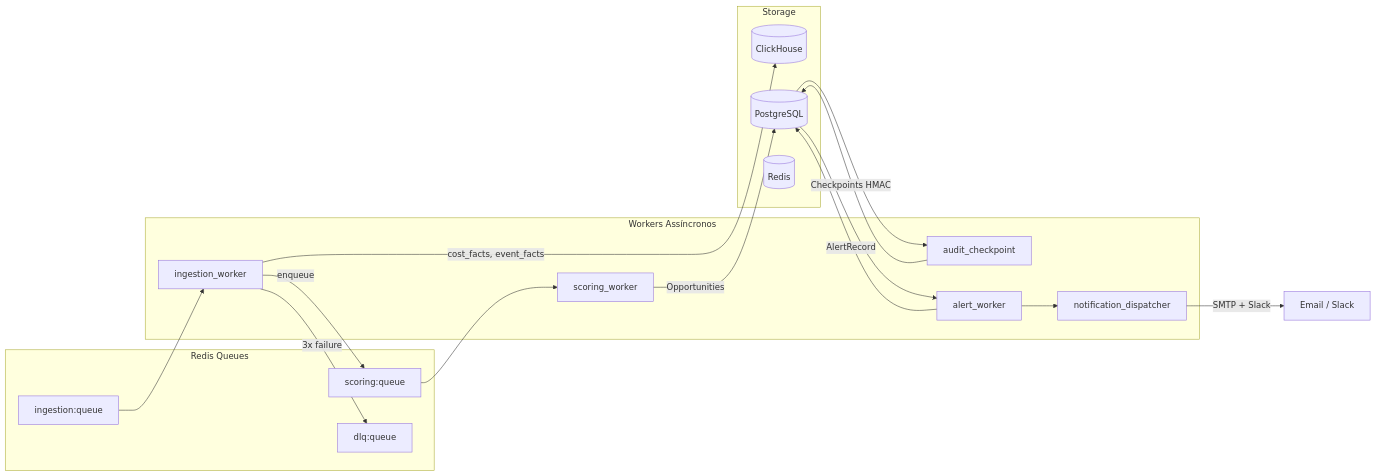
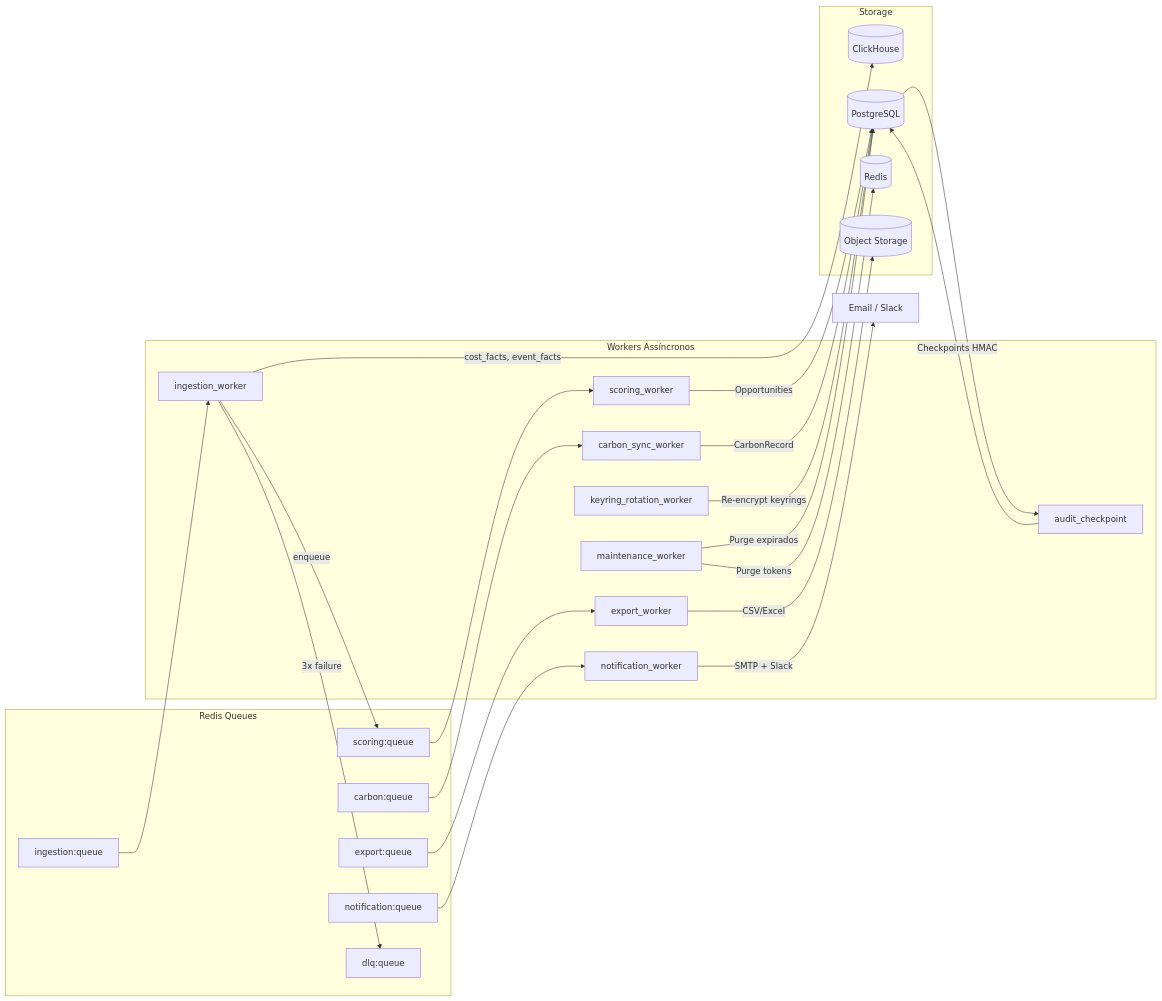
Diagram 14 of 18 in README.md (FilipiWanderley/CauSium), drawn with Mermaid before and after one commit. The commit also changed other lines of this file, not shown here.

````diff
--- a/README.md
+++ b/README.md
@@ -739,35 +818,47 @@
 ```mermaid
 graph LR
   subgraph Queues["Redis Queues"]
     Q1[ingestion:queue]
     Q2[scoring:queue]
-    Q3[dlq:queue]
+    Q3[notification:queue]
+    Q4[carbon:queue]
+    Q5[export:queue]
+    Q6[dlq:queue]
   end
 
   subgraph Workers["Workers Assíncronos"]
     W1[ingestion_worker]
     W2[scoring_worker]
     W3[audit_checkpoint]
-    W4[alert_worker]
-    W5[notification_dispatcher]
+    W4[notification_worker]
+    W5[carbon_sync_worker]
+    W6[export_worker]
+    W7[keyring_rotation_worker]
+    W8[maintenance_worker]
   end
 
   subgraph Storage["Storage"]
     CH[(ClickHouse)]
     PG[(PostgreSQL)]
     REDIS[(Redis)]
+    BLOB[(Object Storage)]
   end
 
   Q1 --> W1
   W1 -->|cost_facts, event_facts| CH
   W1 -->|enqueue| Q2
-  W1 -->|3x failure| Q3
+  W1 -->|3x failure| Q6
   Q2 --> W2
   W2 -->|Opportunities| PG
   PG --> W3
   W3 -->|Checkpoints HMAC| PG
-  PG --> W4
-  W4 -->|AlertRecord| PG
-  W4 --> W5
-  W5 -->|SMTP + Slack| External[Email / Slack]
+  Q3 --> W4
+  W4 -->|SMTP + Slack| External[Email / Slack]
+  Q4 --> W5
+  W5 -->|CarbonRecord| PG
+  Q5 --> W6
+  W6 -->|CSV/Excel| BLOB
+  W7 -->|Re-encrypt keyrings| PG
+  W8 -->|Purge expirados| PG
+  W8 -->|Purge tokens| REDIS
 ```
````
